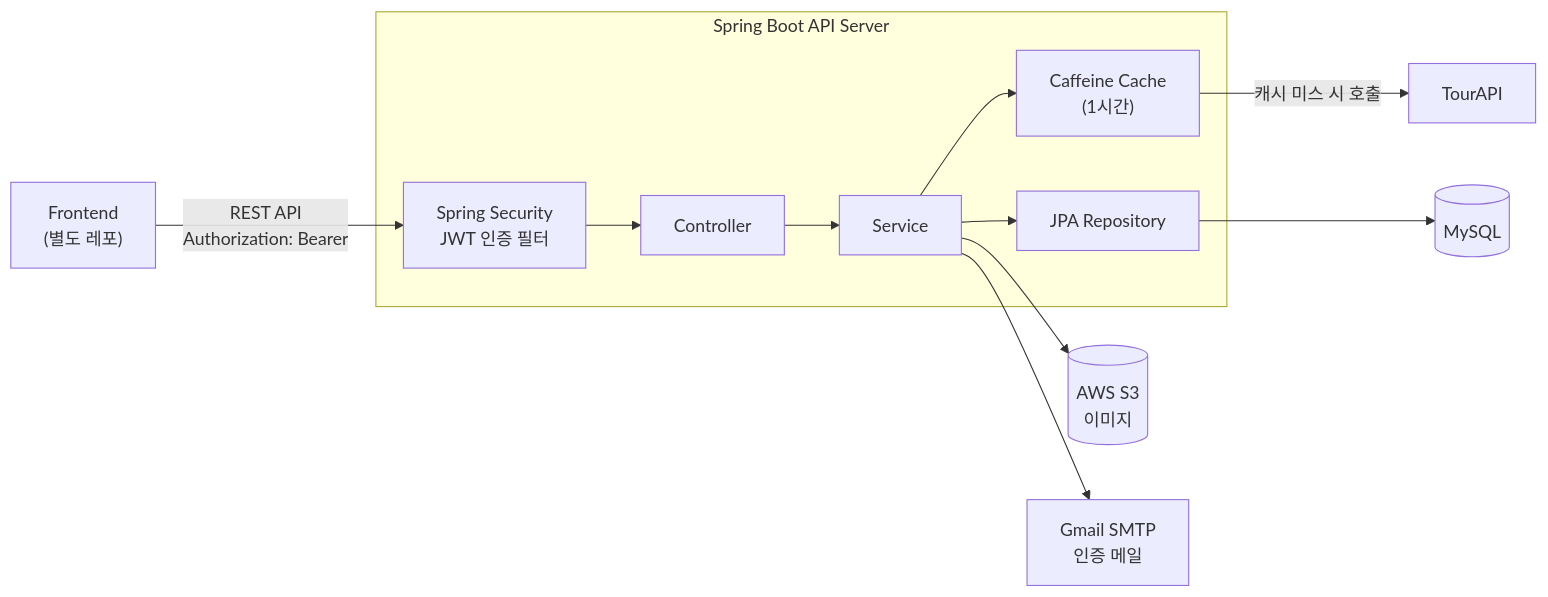
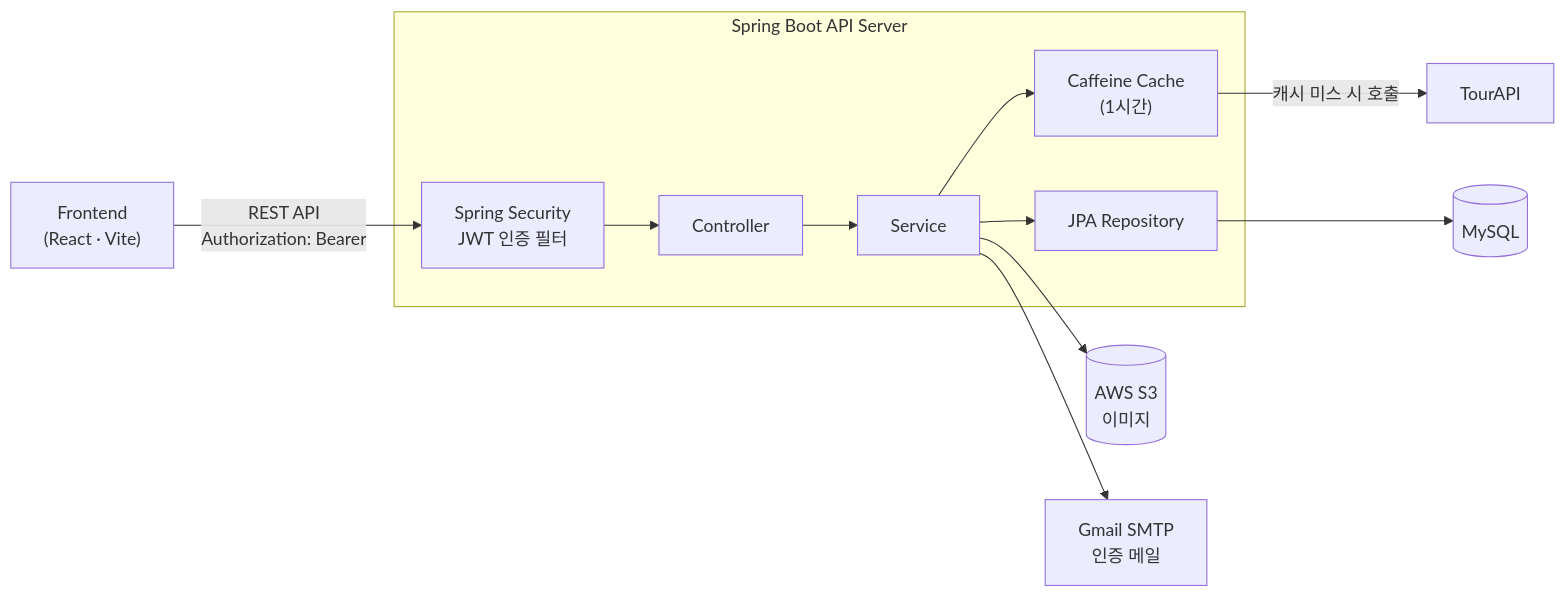
The first of 2 diagrams in README.md (hardtack6348/travel_korea), drawn with Mermaid before and after one commit. The commit also changed other lines of this file, not shown here.

````diff
--- a/README.md
+++ b/README.md
@@ -43,16 +44,16 @@
 ```mermaid
 flowchart LR
-    FE["Frontend<br/>(별도 레포)"] -- "REST API<br/>Authorization: Bearer" --> SEC
+    FE["Frontend<br/>(React · Vite)"] -- "REST API<br/>Authorization: Bearer" --> SEC
 
     subgraph Server["Spring Boot API Server"]
         SEC["Spring Security<br/>JWT 인증 필터"] --> CTRL["Controller"]
         CTRL --> SVC["Service"]
         SVC --> CACHE["Caffeine Cache<br/>(1시간)"]
         SVC --> REPO["JPA Repository"]
     end
 
     REPO --> DB[("MySQL")]
     CACHE -- "캐시 미스 시 호출" --> TOUR["TourAPI"]
     SVC --> S3[("AWS S3<br/>이미지")]
     SVC --> MAIL["Gmail SMTP<br/>인증 메일"]
 ```
````
